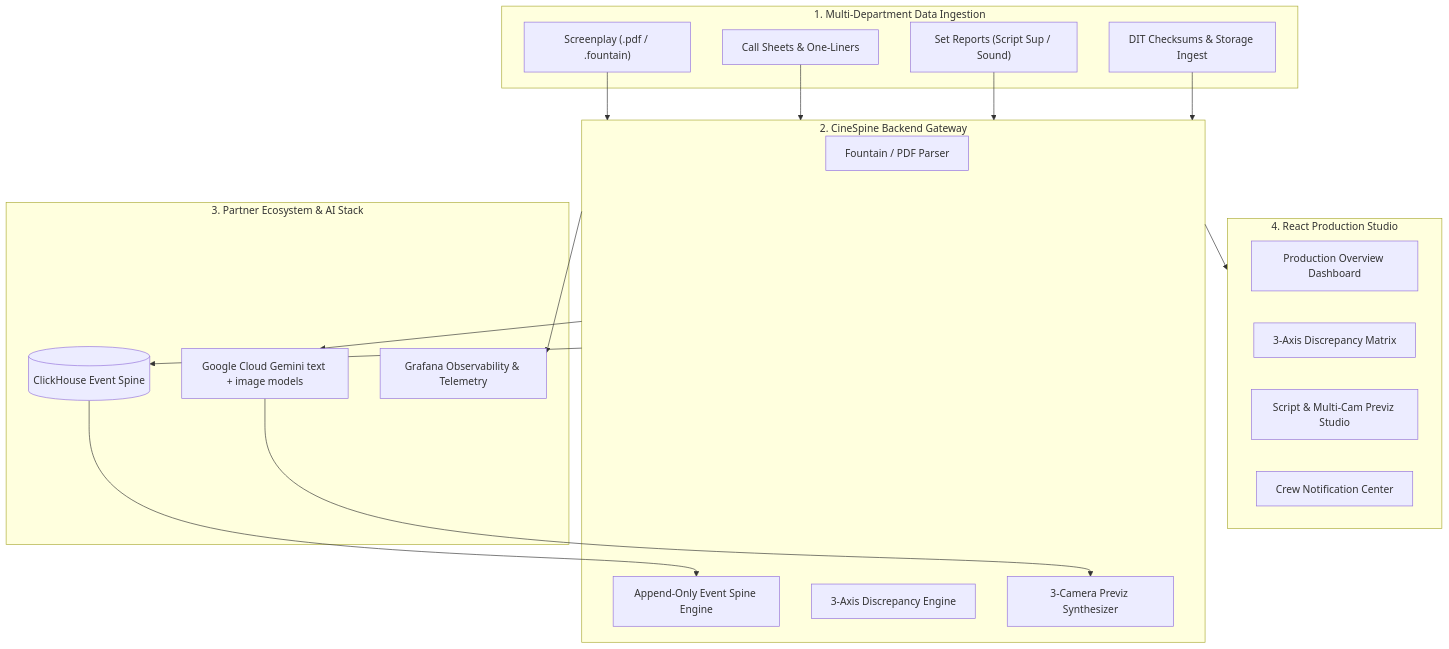
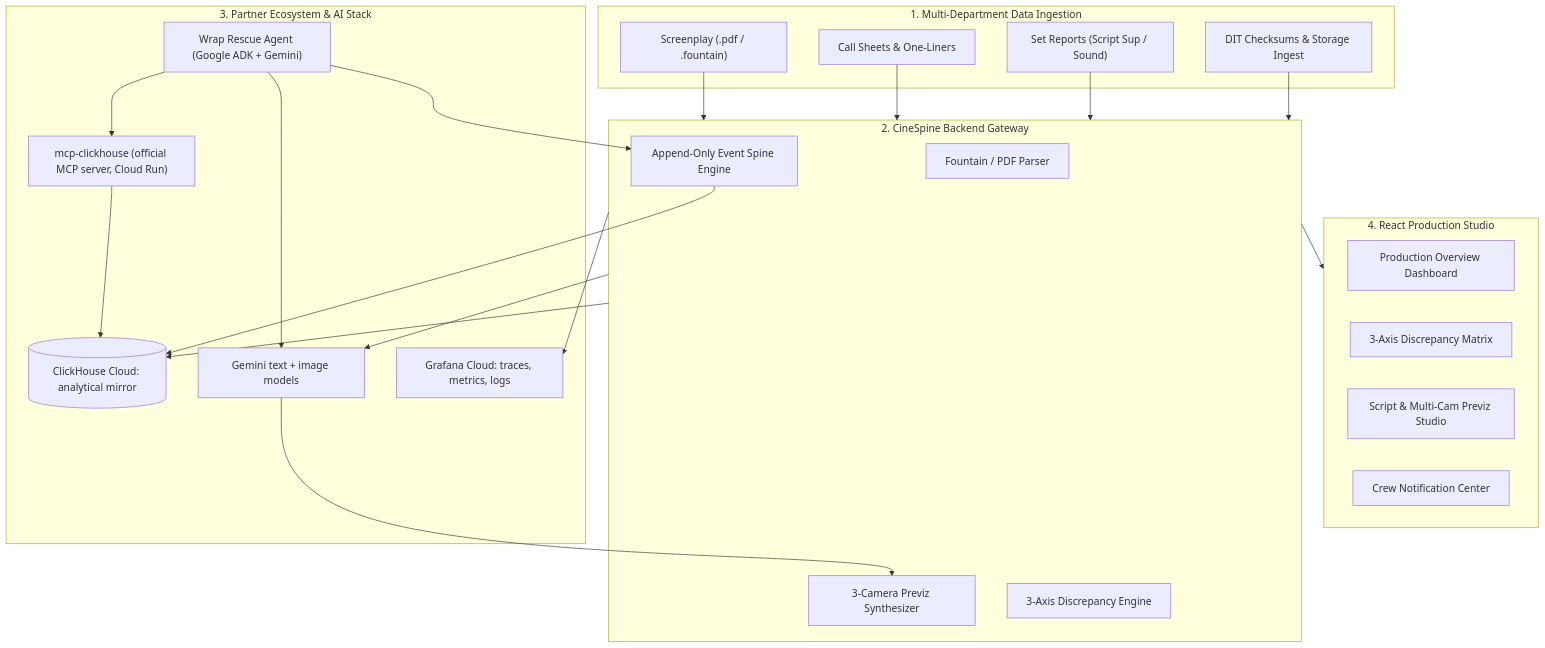
Before and after one commit to ftenaf/cinespine: the diagram in docs/DEVPOST_SUBMISSION.md, drawn with Mermaid. The commit also changed other lines of this file, not shown here.

First line of the commit message:
docs(devpost): the submission text matches the shipped product

````diff
--- a/docs/DEVPOST_SUBMISSION.md
+++ b/docs/DEVPOST_SUBMISSION.md
@@ -70,35 +76,40 @@
 ```mermaid
 flowchart TB
     subgraph Ingestion["1. Multi-Department Data Ingestion"]
         S1["Screenplay (.pdf / .fountain)"]
         S2["Call Sheets & One-Liners"]
         S3["Set Reports (Script Sup / Sound)"]
         S4["DIT Checksums & Storage Ingest"]
     end
 
     subgraph CoreEngine["2. CineSpine Backend Gateway"]
         P1["Fountain / PDF Parser"]
         B1["3-Camera Previz Synthesizer"]
         R1["3-Axis Discrepancy Engine"]
         E1["Append-Only Event Spine Engine"]
     end
 
     subgraph PartnerStack["3. Partner Ecosystem & AI Stack"]
-        CH[("ClickHouse Event Spine")]
-        GEM["Google Cloud Gemini text + image models"]
-        GF["Grafana Observability & Telemetry"]
+        CH[("ClickHouse Cloud: analytical mirror")]
+        MCP["mcp-clickhouse (official MCP server, Cloud Run)"]
+        ADK["Wrap Rescue Agent (Google ADK + Gemini)"]
+        GEM["Gemini text + image models"]
+        GF["Grafana Cloud: traces, metrics, logs"]
     end
 
     subgraph FrontendStudio["4. React Production Studio"]
         UI1["Production Overview Dashboard"]
         UI2["3-Axis Discrepancy Matrix"]
         UI3["Script & Multi-Cam Previz Studio"]
         UI4["Crew Notification Center"]
     end
 
     S1 & S2 & S3 & S4 --> CoreEngine
     CoreEngine --> CH & GEM & GF
     GEM --> B1
-    CH --> E1
+    E1 --> CH
+    ADK --> MCP --> CH
+    ADK --> GEM
+    ADK --> E1
     CoreEngine --> FrontendStudio
 ```
````
